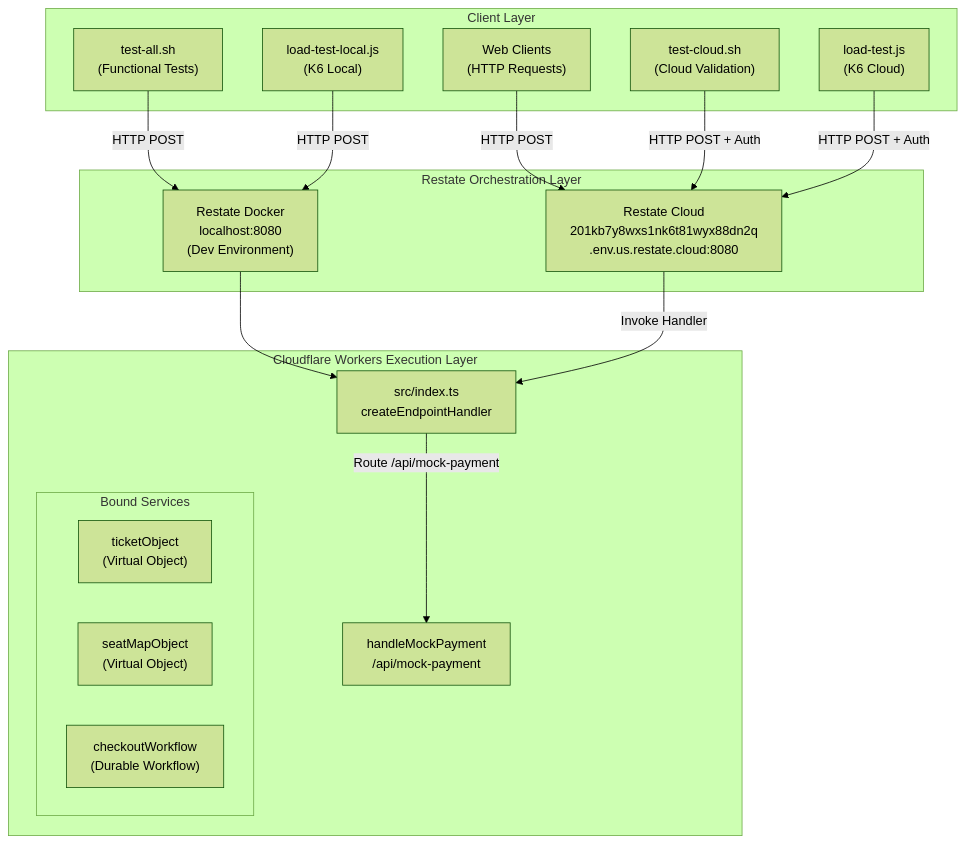
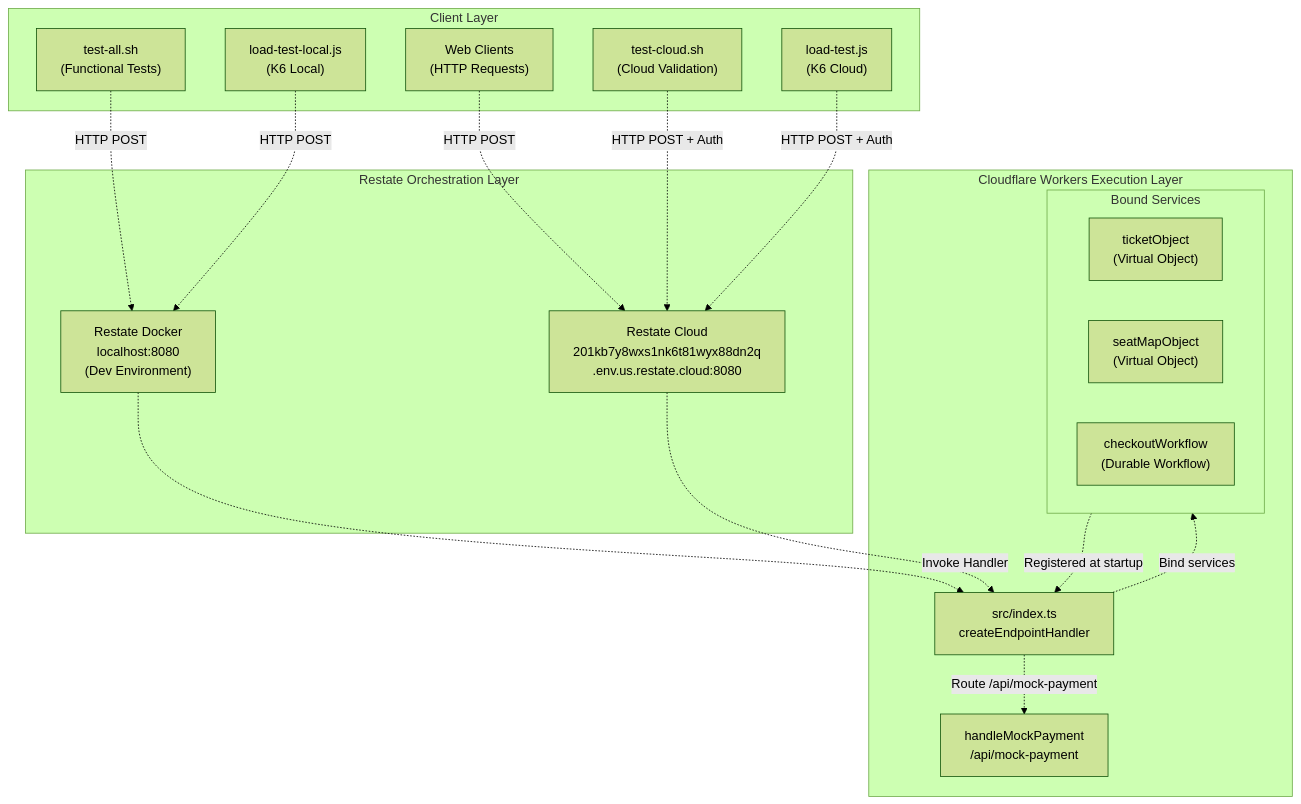
Before and after one commit to philipz/restate-cloudflare-workers-poc: the first of 3 diagrams in docs/deepwiki/System-Architecture.md, drawn with Mermaid (forest theme). The commit also changed other lines of this file and 27 other files, not shown here.

````diff
--- a/docs/deepwiki/System-Architecture.md
+++ b/docs/deepwiki/System-Architecture.md
@@ -31,49 +31,51 @@
 ```mermaid
 flowchart TD
 
 TicketObj["ticketObject<br>(Virtual Object)"]
 SeatMapObj["seatMapObject<br>(Virtual Object)"]
 CheckoutWF["checkoutWorkflow<br>(Durable Workflow)"]
 WebClient["Web Clients<br>(HTTP Requests)"]
 TestAll["test-all.sh<br>(Functional Tests)"]
 TestCloud["test-cloud.sh<br>(Cloud Validation)"]
 LoadTestLocal["load-test-local.js<br>(K6 Local)"]
 LoadTest["load-test.js<br>(K6 Cloud)"]
 RestateLocal["Restate Docker<br>localhost:8080<br>(Dev Environment)"]
 RestateCloud["Restate Cloud<br>201kb7y8wxs1nk6t81wyx88dn2q<br>.env.us.restate.cloud:8080"]
 IndexTS["src/index.ts<br>createEndpointHandler"]
 MockPayment["handleMockPayment<br>/api/mock-payment"]
 
-WebClient -->|"HTTP POST"| RestateCloud
-TestAll -->|"HTTP POST"| RestateLocal
-TestCloud -->|"HTTP POST + Auth"| RestateCloud
-LoadTestLocal -->|"HTTP POST"| RestateLocal
-LoadTest -->|"HTTP POST + Auth"| RestateCloud
-RestateLocal --> IndexTS
-RestateCloud -->|"Invoke Handler"| IndexTS
+WebClient -.->|"HTTP POST"| RestateCloud
+TestAll -.->|"HTTP POST"| RestateLocal
+TestCloud -.->|"HTTP POST + Auth"| RestateCloud
+LoadTestLocal -.->|"HTTP POST"| RestateLocal
+LoadTest -.->|"HTTP POST + Auth"| RestateCloud
+RestateLocal -.-> IndexTS
+RestateCloud -.->|"Invoke Handler"| IndexTS
 
 subgraph Workers ["Cloudflare Workers Execution Layer"]
     IndexTS
     MockPayment
-    IndexTS -->|"Route /api/mock-payment"| MockPayment
+    IndexTS -.->|"Route /api/mock-payment"| MockPayment
+    IndexTS -.->|"Bind services"| Services
+    Services -.->|"Registered at startup"| IndexTS
 
 subgraph Services ["Bound Services"]
     TicketObj
     SeatMapObj
     CheckoutWF
 end
 end
 
 subgraph Orchestration ["Restate Orchestration Layer"]
     RestateLocal
     RestateCloud
 end
 
 subgraph Client ["Client Layer"]
     WebClient
     TestAll
     TestCloud
     LoadTestLocal
     LoadTest
 end
 ```
````
